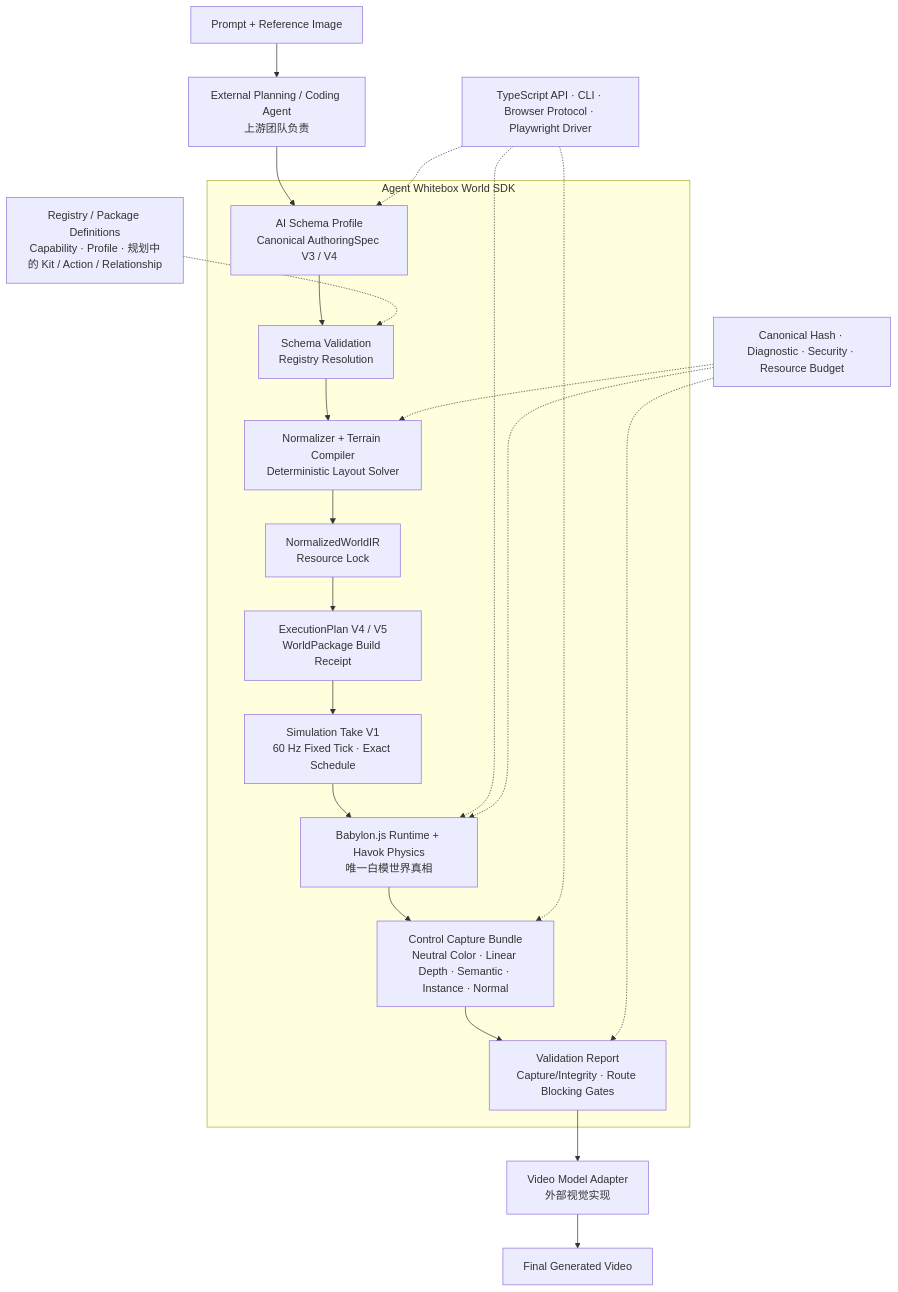
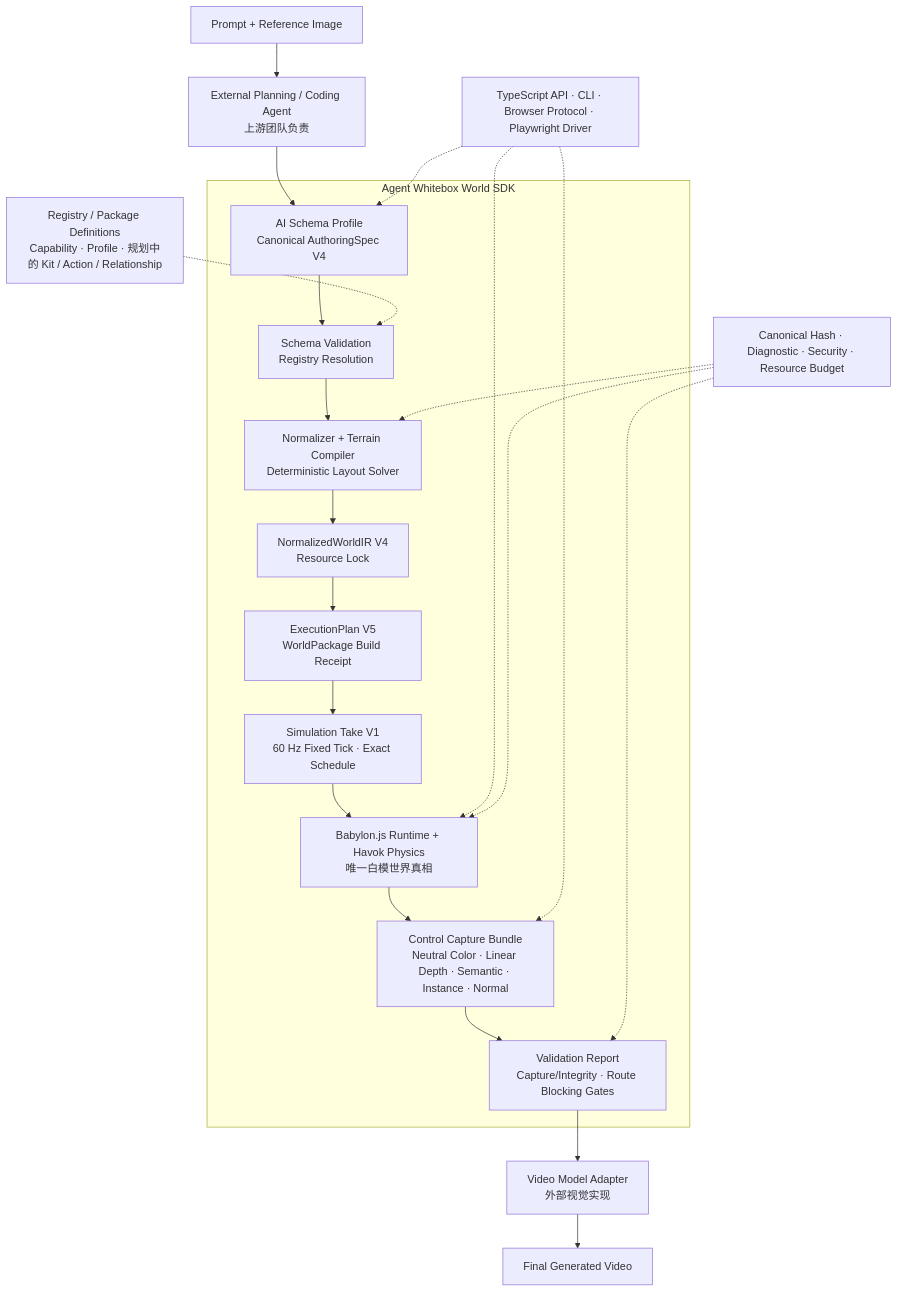
Before and after one commit to Gjh829803/ceshi: the diagram in README.md, drawn with Mermaid. The commit also changed other lines of this file, not shown here.

Commit message:
docs: align readme with current canonical contracts

````diff
--- a/README.md
+++ b/README.md
@@ -36,30 +36,30 @@
 ```mermaid
 flowchart TB
     INPUT["Prompt + Reference Image"] --> AGENT["External Planning / Coding Agent<br/>上游团队负责"]
 
     subgraph SDK["Agent Whitebox World SDK"]
-        AUTHOR["AI Schema Profile<br/>Canonical AuthoringSpec V3 / V4"]
+        AUTHOR["AI Schema Profile<br/>Canonical AuthoringSpec V4"]
         VALIDATE["Schema Validation<br/>Registry Resolution"]
         COMPILE["Normalizer + Terrain Compiler<br/>Deterministic Layout Solver"]
-        IR["NormalizedWorldIR<br/>Resource Lock"]
-        PACKAGE["ExecutionPlan V4 / V5<br/>WorldPackage Build Receipt"]
+        IR["NormalizedWorldIR V4<br/>Resource Lock"]
+        PACKAGE["ExecutionPlan V5<br/>WorldPackage Build Receipt"]
         TAKE["Simulation Take V1<br/>60 Hz Fixed Tick · Exact Schedule"]
         RUNTIME["Babylon.js Runtime + Havok Physics<br/>唯一白模世界真相"]
         CAPTURE["Control Capture Bundle<br/>Neutral Color · Linear Depth · Semantic · Instance · Normal"]
         REPORT["Validation Report<br/>Capture/Integrity · Route Blocking Gates"]
 
         AUTHOR --> VALIDATE --> COMPILE --> IR --> PACKAGE --> TAKE --> RUNTIME --> CAPTURE --> REPORT
     end
 
     AGENT --> AUTHOR
 
     LEGO["Registry / Package Definitions<br/>Capability · Profile · 规划中的 Kit / Action / Relationship"] -.-> VALIDATE
     TOOLING["TypeScript API · CLI · Browser Protocol · Playwright Driver"] -.-> AUTHOR
     TOOLING -.-> RUNTIME
     TOOLING -.-> CAPTURE
     FOUNDATION["Canonical Hash · Diagnostic · Security · Resource Budget"] -.-> COMPILE
     FOUNDATION -.-> RUNTIME
     FOUNDATION -.-> REPORT
 
     REPORT --> ADAPTER["Video Model Adapter<br/>外部视觉实现"] --> VIDEO["Final Generated Video"]
 ```
````
